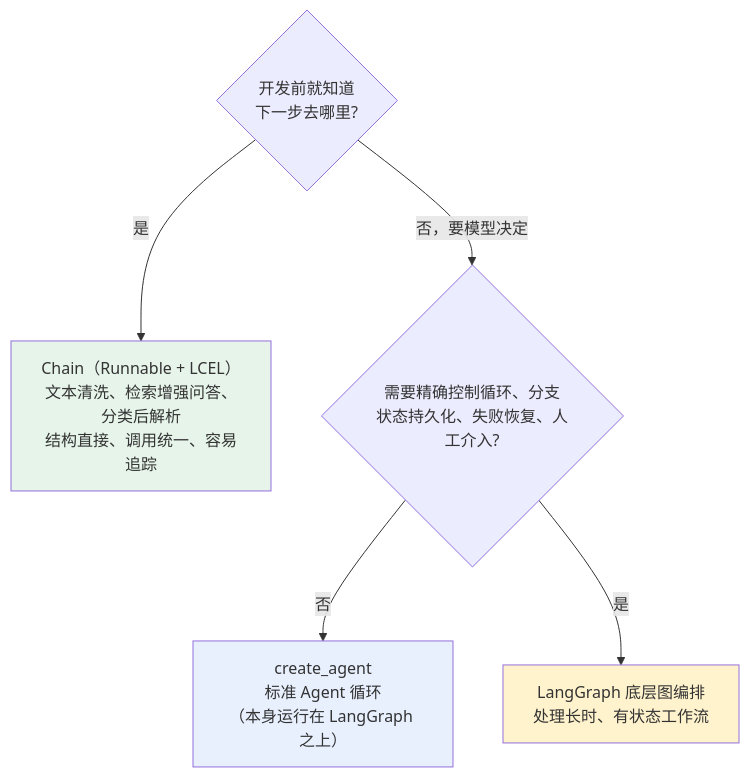
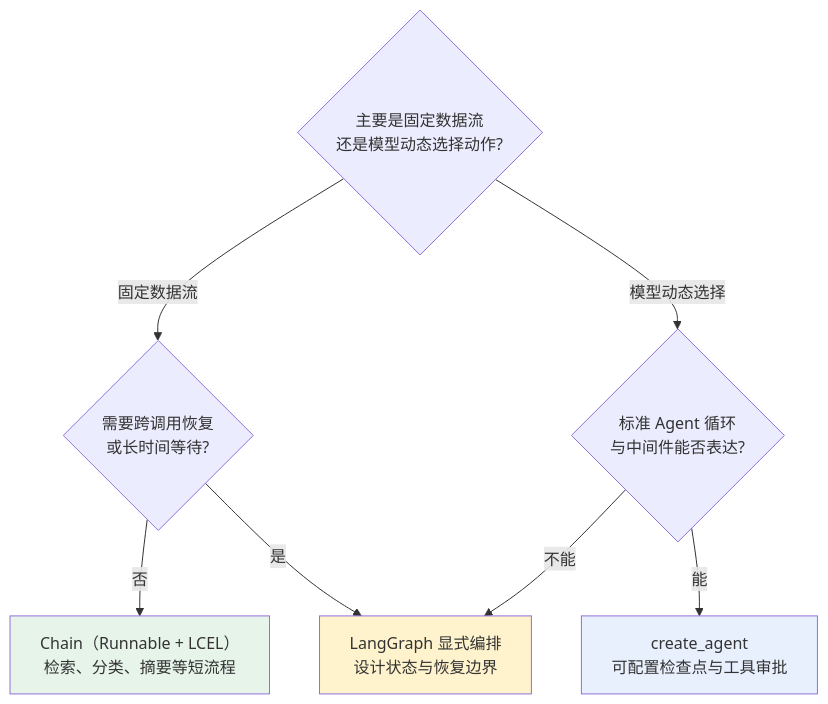
One commit to oneleaveknowsthefall/awesome-ai-roadmap changed the third of 3 diagrams in docs/frameworks/01-langchain/01-foundations/02-chain-and-lcel.md. Above: the diagram before and after it, drawn with Mermaid. The commit also changed other lines of this file and 27 other files, not shown here.

````diff
--- a/docs/frameworks/01-langchain/01-foundations/02-chain-and-lcel.md
+++ b/docs/frameworks/01-langchain/01-foundations/02-chain-and-lcel.md
@@ -230,12 +230,14 @@
 ```mermaid
 flowchart TB
-    Q1{"开发前就知道<br/>下一步去哪里?"}
-    Q1 -->|是| C["Chain（Runnable + LCEL）<br/>文本清洗、检索增强问答、分类后解析<br/>结构直接、调用统一、容易追踪"]
-    Q1 -->|否，要模型决定| Q2{"需要精确控制循环、分支<br/>状态持久化、失败恢复、人工介入?"}
-    Q2 -->|否| A["create_agent<br/>标准 Agent 循环<br/>（本身运行在 LangGraph 之上）"]
-    Q2 -->|是| G["LangGraph 底层图编排<br/>处理长时、有状态工作流"]
+    Q1{"主要是固定数据流<br/>还是模型动态选择动作?"}
+    Q1 -->|固定数据流| Q2{"需要跨调用恢复<br/>或长时间等待?"}
+    Q2 -->|否| C["Chain（Runnable + LCEL）<br/>检索、分类、摘要等短流程"]
+    Q2 -->|是| G["LangGraph 显式编排<br/>设计状态与恢复边界"]
+    Q1 -->|模型动态选择| Q3{"标准 Agent 循环<br/>与中间件能否表达?"}
+    Q3 -->|能| A["create_agent<br/>可配置检查点与工具审批"]
+    Q3 -->|不能| G
 
     style C fill:#e6f4ea
     style A fill:#e8f0fe
     style G fill:#fff3cd
 ```
````
